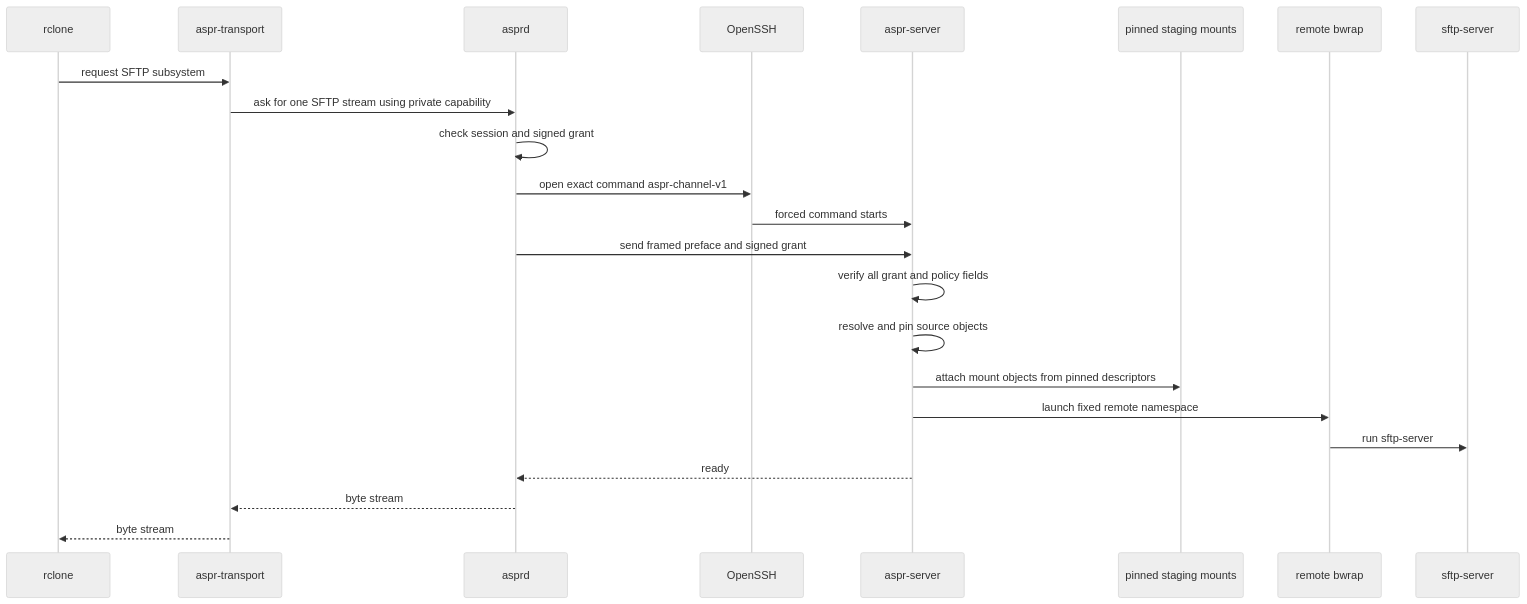
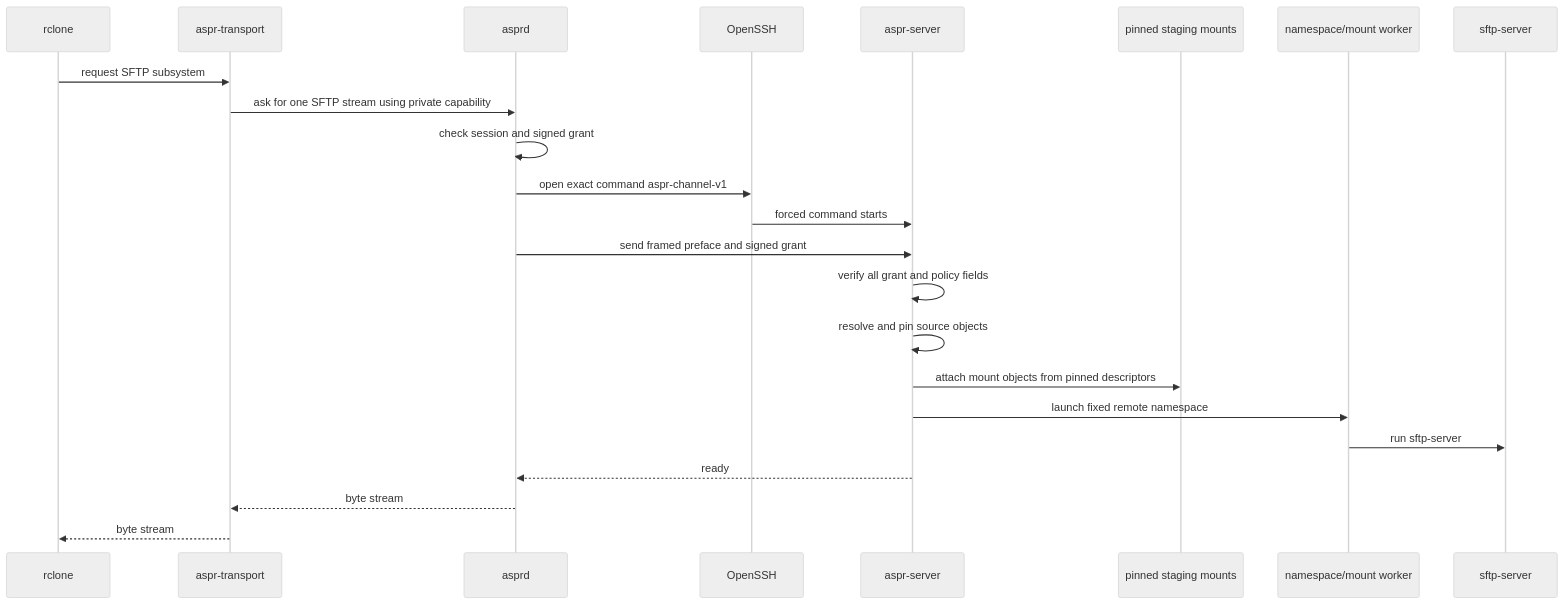
Before and after one commit to v7x/astral-project: the second of 6 diagrams in docs/architecture/caveman/astral-project-architecture-caveman.md, drawn with Mermaid (neutral theme). The commit also changed other lines of this file and 10 other files, not shown here.

Commit message:
docs: reconcile Packet 15 architecture and support evidence

````diff
--- a/docs/architecture/caveman/astral-project-architecture-caveman.md
+++ b/docs/architecture/caveman/astral-project-architecture-caveman.md
@@ -713,26 +719,26 @@
 ```mermaid
 sequenceDiagram
     participant R as rclone
     participant T as aspr-transport
     participant D as asprd
     participant O as OpenSSH
     participant S as aspr-server
     participant M as pinned staging mounts
-    participant B as remote bwrap
+    participant B as namespace/mount worker
     participant F as sftp-server
 
     R->>T: request SFTP subsystem
     T->>D: ask for one SFTP stream using private capability
     D->>D: check session and signed grant
     D->>O: open exact command aspr-channel-v1
     O->>S: forced command starts
     D->>S: send framed preface and signed grant
     S->>S: verify all grant and policy fields
     S->>S: resolve and pin source objects
     S->>M: attach mount objects from pinned descriptors
     S->>B: launch fixed remote namespace
     B->>F: run sftp-server
     S-->>D: ready
     D-->>T: byte stream
     T-->>R: byte stream
 ```
````
